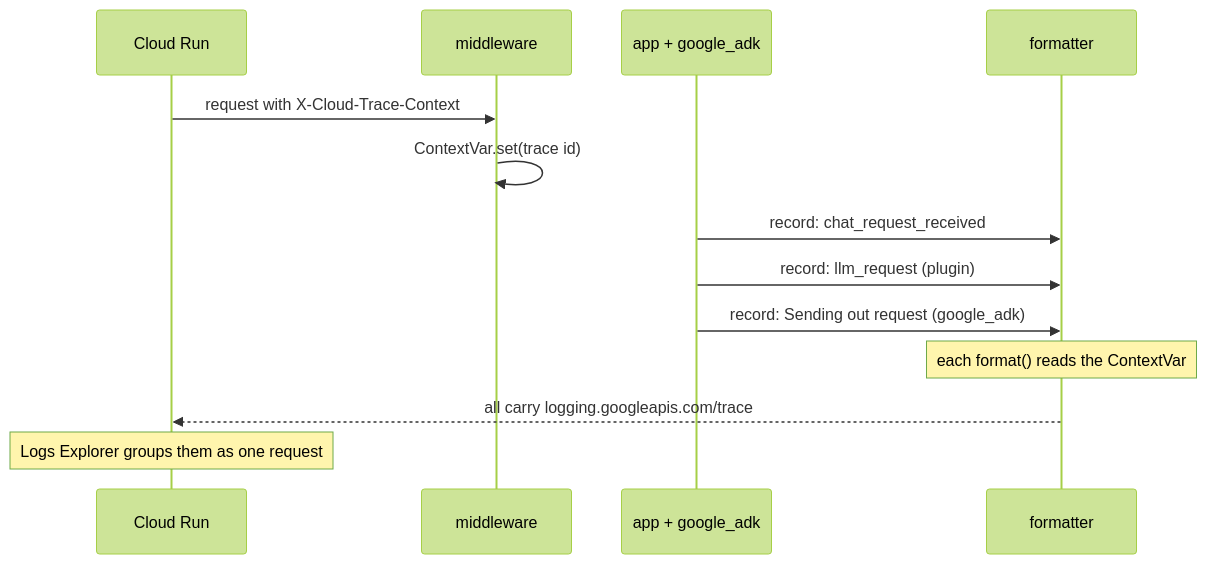
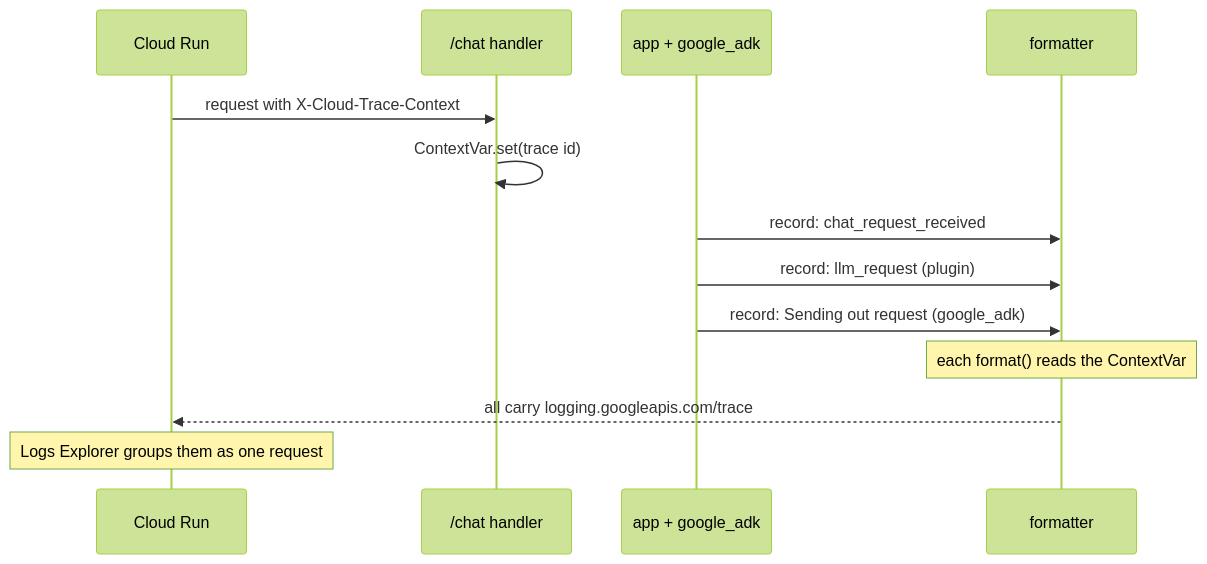
Before and after one commit to roitraining/gcp-demos: the second of 2 diagrams in ai/adk/logging/tutorial/part-4/4.2-custom-server.md, drawn with Mermaid (forest theme). The commit also changed other lines of this file and 8 other files, not shown here.

````diff
--- a/ai/adk/logging/tutorial/part-4/4.2-custom-server.md
+++ b/ai/adk/logging/tutorial/part-4/4.2-custom-server.md
@@ -150,15 +145,15 @@
 ```mermaid
 sequenceDiagram
   participant CR as Cloud Run
-  participant MW as middleware
+  participant MW as /chat handler
   participant Code as app + google_adk
   participant F as formatter
   CR->>MW: request with X-Cloud-Trace-Context
   MW->>MW: ContextVar.set(trace id)
   Code->>F: record: chat_request_received
   Code->>F: record: llm_request (plugin)
   Code->>F: record: Sending out request (google_adk)
   Note over F: each format() reads the ContextVar
   F-->>CR: all carry logging.googleapis.com/trace
   Note over CR: Logs Explorer groups them as one request
 ```
````
